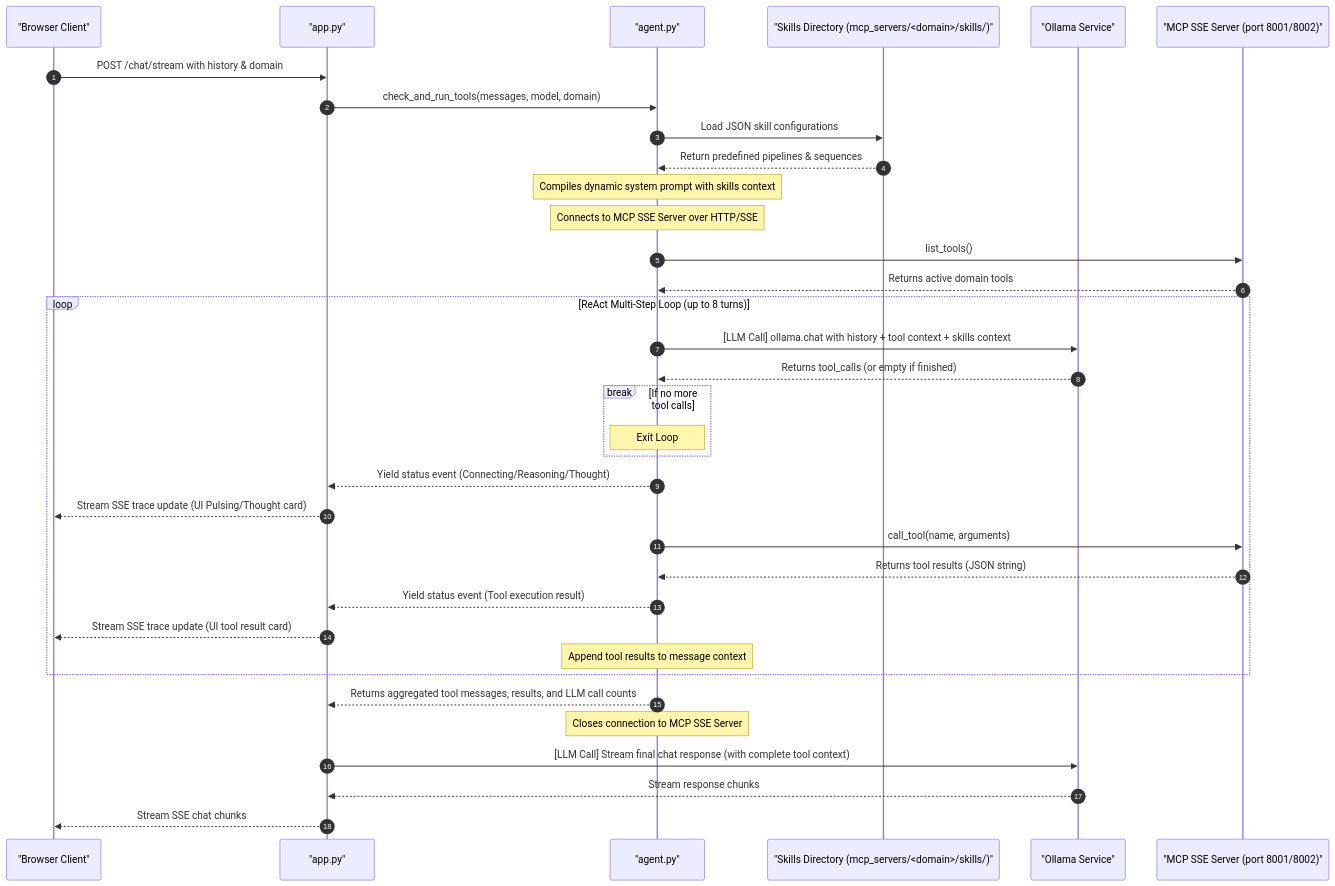
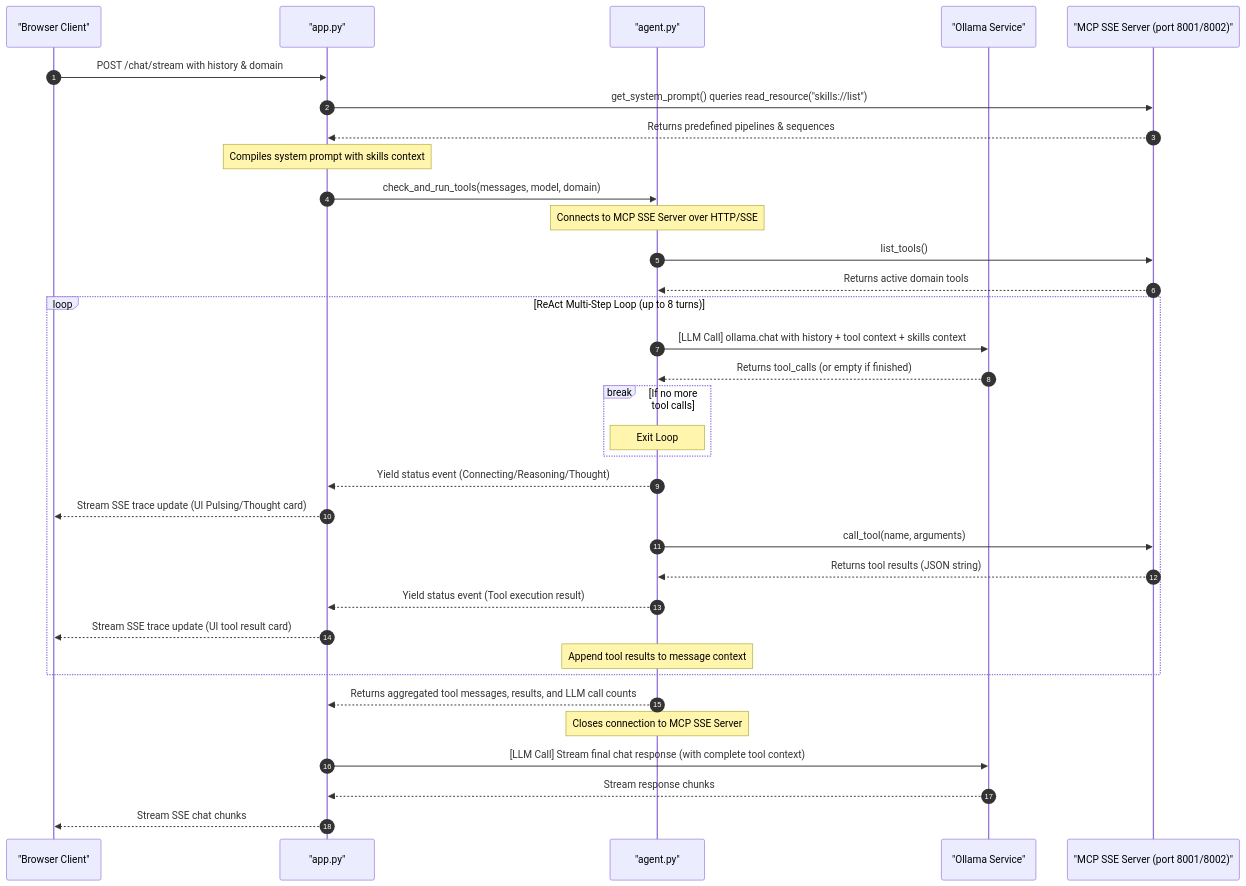
One commit to vdonthireddy/ollama-gemma-agents-mcp-skills changed the second of 4 diagrams in README.md. Above: the diagram before and after it, drawn with Mermaid. The commit also changed other lines of this file and 8 other files, not shown here.

Commit message:
feat: migrate skills to dynamic MCP resources and update UI model labels dynamically

````diff
--- a/README.md
+++ b/README.md
@@ -41,40 +41,39 @@
 ```mermaid
 sequenceDiagram
     autonumber
     participant Client as "Browser Client"
     participant App as "app.py"
     participant Agent as "agent.py"
-    participant Skills as "Skills Directory (mcp_servers/<domain>/skills/)"
     participant Ollama as "Ollama Service"
     participant MCPServer as "MCP SSE Server (port 8001/8002)"
 
     Client->>App: POST /chat/stream with history & domain
+    App->>MCPServer: get_system_prompt() queries read_resource("skills://list")
+    MCPServer-->>App: Returns predefined pipelines & sequences
+    Note over App: Compiles system prompt with skills context
     App->>Agent: check_and_run_tools(messages, model, domain)
-    Agent->>Skills: Load JSON skill configurations
-    Skills-->>Agent: Return predefined pipelines & sequences
-    Note over Agent: Compiles dynamic system prompt with skills context
     Note over Agent: Connects to MCP SSE Server over HTTP/SSE
     Agent->>MCPServer: list_tools()
     MCPServer-->>Agent: Returns active domain tools
     
     loop ReAct Multi-Step Loop (up to 8 turns)
         Agent->>Ollama: [LLM Call] ollama.chat with history + tool context + skills context
         Ollama-->>Agent: Returns tool_calls (or empty if finished)
         break If no more tool calls
             Note over Agent: Exit Loop
         end
         Agent-->>App: Yield status event (Connecting/Reasoning/Thought)
         App-->>Client: Stream SSE trace update (UI Pulsing/Thought card)
         Agent->>MCPServer: call_tool(name, arguments)
         MCPServer-->>Agent: Returns tool results (JSON string)
         Agent-->>App: Yield status event (Tool execution result)
         App-->>Client: Stream SSE trace update (UI tool result card)
         Note over Agent: Append tool results to message context
     end
     
     Agent-->>App: Returns aggregated tool messages, results, and LLM call counts
     Note over Agent: Closes connection to MCP SSE Server
     App->>Ollama: [LLM Call] Stream final chat response (with complete tool context)
     Ollama-->>App: Stream response chunks
     App-->>Client: Stream SSE chat chunks
 ```
````
